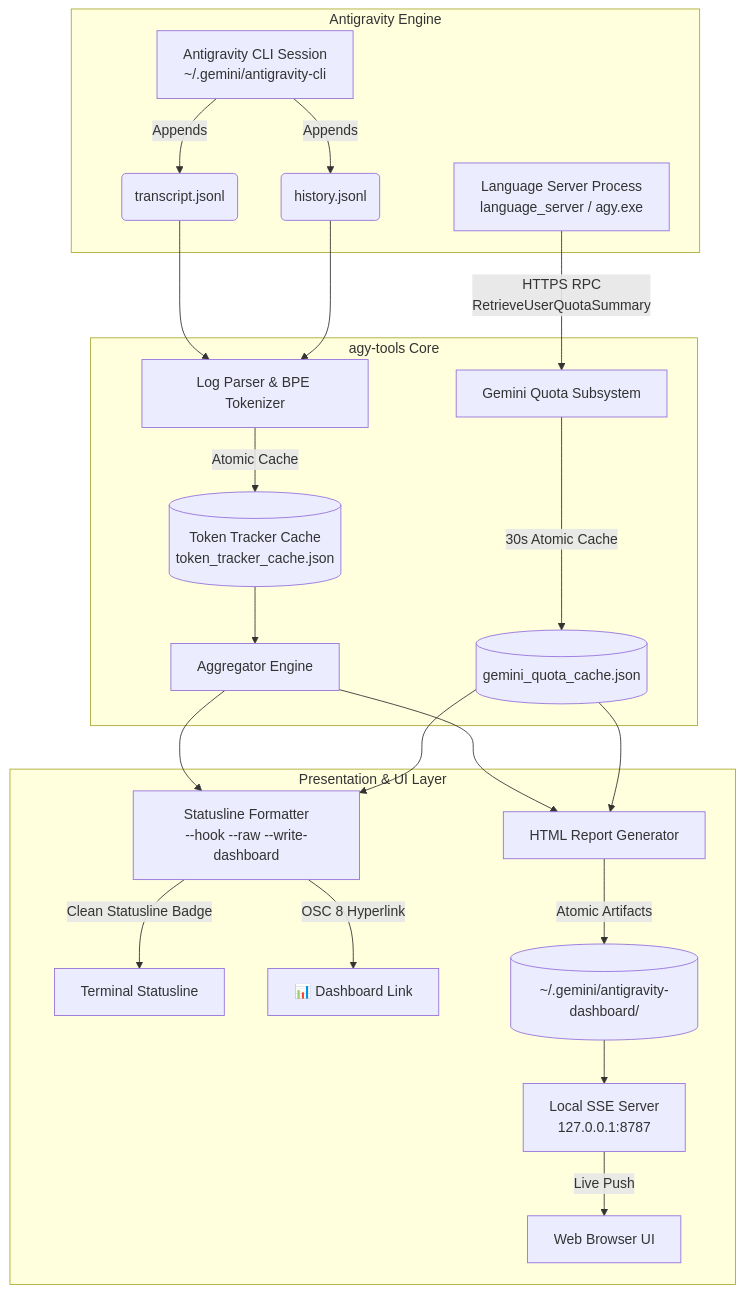
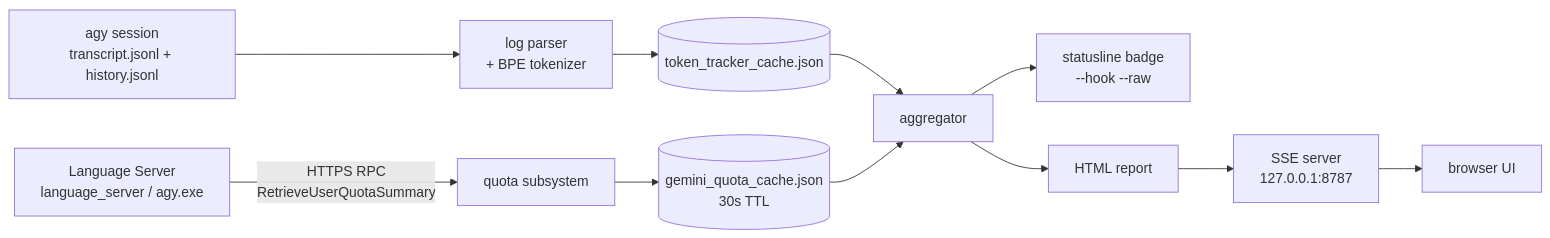
The diagram in README.md (myk1yt/agy-pro), drawn with Mermaid before and after one commit. The commit also changed other lines of this file and 5 other files, not shown here.

First line of the commit message:
docs(readme): bilingual rewrite with agy-pro spotlight and SVG diagrams

````diff
--- a/README.md
+++ b/README.md
@@ -40,28 +207,11 @@
 ```mermaid
-flowchart TD
-    subgraph Antigravity Engine
-        A[Antigravity CLI Session\n~/.gemini/antigravity-cli] -->|Appends| B(transcript.jsonl)
-        A -->|Appends| C(history.jsonl)
-        LS[Language Server Process\nlanguage_server / agy.exe]
-    end
-
-    subgraph agy-tools Core
-        B --> D[Log Parser & BPE Tokenizer]
-        C --> D
-        D -->|Atomic Cache| E[(Token Tracker Cache\ntoken_tracker_cache.json)]
-        E --> F[Aggregator Engine]
-        
-        LS -->|HTTPS RPC\nRetrieveUserQuotaSummary| G[Gemini Quota Subsystem]
-        G -->|30s Atomic Cache| H[(gemini_quota_cache.json)]
-    end
-
-    subgraph Presentation & UI Layer
-        F & H --> I[Statusline Formatter\n--hook --raw --write-dashboard]
-        I -->|Clean Statusline Badge| J[Terminal Statusline]
-        I -->|OSC 8 Hyperlink| K[📊 Dashboard Link]
-        F & H --> L[HTML Report Generator]
-        L -->|Atomic Artifacts| M[(~/.gemini/antigravity-dashboard/)]
-        M --> N[Local SSE Server\n127.0.0.1:8787]
-        N -->|Live Push| O[Web Browser UI]
-    end
+flowchart LR
+    A["agy session<br/>transcript.jsonl + history.jsonl"] --> B["log parser<br/>+ BPE tokenizer"]
+    B --> C[("token_tracker_cache.json")]
+    LS["Language Server<br/>language_server / agy.exe"] -->|"HTTPS RPC<br/>RetrieveUserQuotaSummary"| Q["quota subsystem"]
+    Q --> Qc[("gemini_quota_cache.json<br/>30s TTL")]
+    C --> D["aggregator"]
+    Qc --> D
+    D --> E["statusline badge<br/>--hook --raw"]
+    D --> F["HTML report"] --> G["SSE server<br/>127.0.0.1:8787"] --> H["browser UI"]
 ```
````
